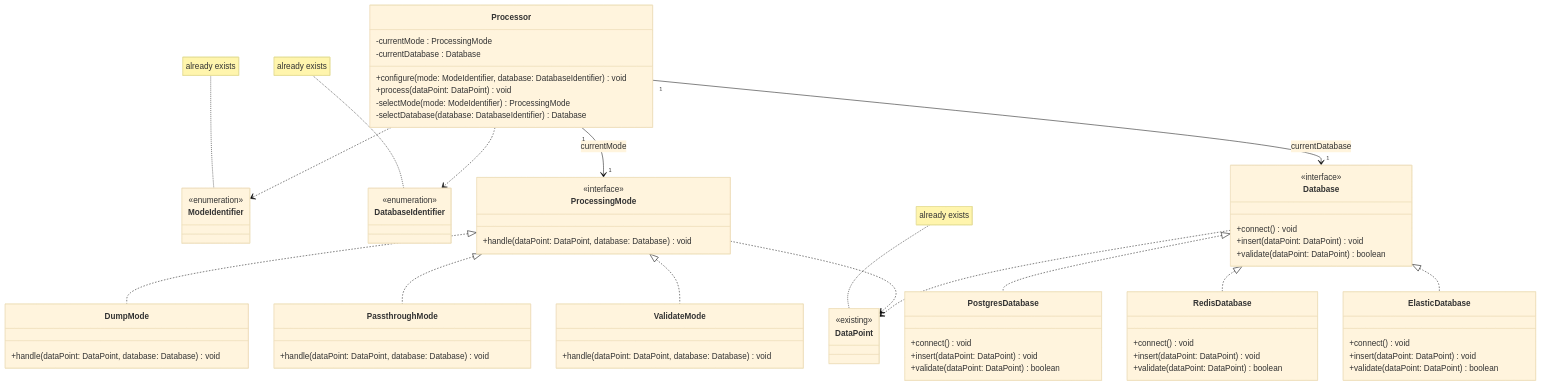
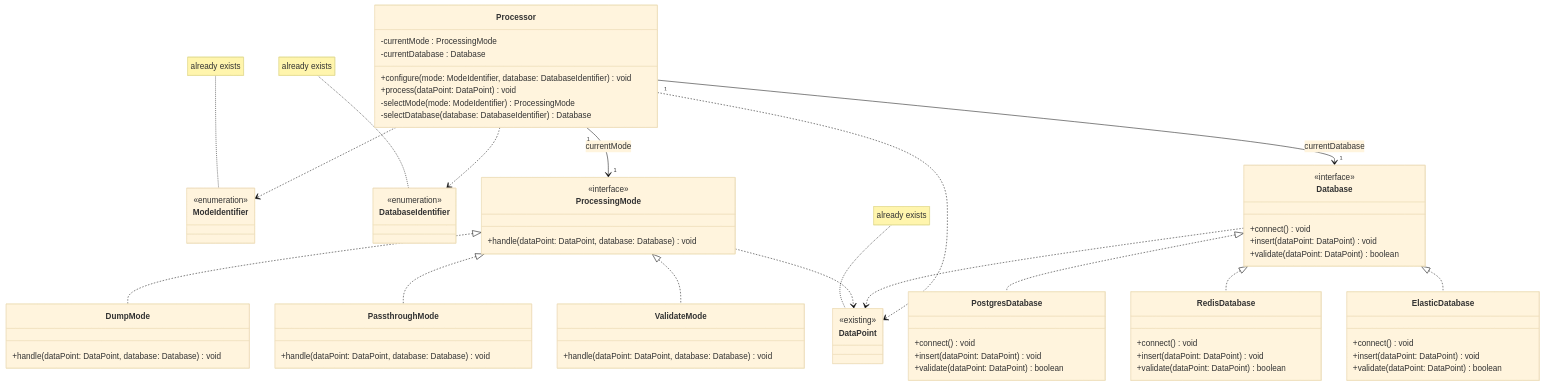
The diagram in data-processor-uml/diagram.mmd (UbaidRaza-jpg/virtual-internship-projects), drawn with Mermaid (base theme) before and after one commit. The commit also changed 2 other files, not shown here.

Commit message:
Update diagram: Add Processor dependency to DataPoint and optimize layout

```diff
--- a/data-processor-uml/diagram.mmd
+++ b/data-processor-uml/diagram.mmd
@@ -1,82 +1,83 @@
 classDiagram
     %% Existing classes
     class DataPoint {
         <<existing>>
     }
     class ModeIdentifier {
         <<enumeration>>
         <<existing>>
     }
     class DatabaseIdentifier {
         <<enumeration>>
         <<existing>>
     }
 
     class Processor {
         -currentMode : ProcessingMode
         -currentDatabase : Database
         +configure(mode: ModeIdentifier, database: DatabaseIdentifier) void
         +process(dataPoint: DataPoint) void
         -selectMode(mode: ModeIdentifier) ProcessingMode
         -selectDatabase(database: DatabaseIdentifier) Database
     }
 
     class ProcessingMode {
         <<interface>>
         +handle(dataPoint: DataPoint, database: Database) void
     }
 
     class Database {
         <<interface>>
         +connect() void
         +insert(dataPoint: DataPoint) void
         +validate(dataPoint: DataPoint) boolean
     }
 
     class DumpMode {
         +handle(dataPoint: DataPoint, database: Database) void
     }
     class PassthroughMode {
         +handle(dataPoint: DataPoint, database: Database) void
     }
     class ValidateMode {
         +handle(dataPoint: DataPoint, database: Database) void
     }
 
     class PostgresDatabase {
         +connect() void
         +insert(dataPoint: DataPoint) void
         +validate(dataPoint: DataPoint) boolean
     }
     class RedisDatabase {
         +connect() void
         +insert(dataPoint: DataPoint) void
         +validate(dataPoint: DataPoint) boolean
     }
     class ElasticDatabase {
         +connect() void
         +insert(dataPoint: DataPoint) void
         +validate(dataPoint: DataPoint) boolean
     }
 
     %% Relationships
     ProcessingMode <|.. DumpMode
     ProcessingMode <|.. PassthroughMode
     ProcessingMode <|.. ValidateMode
 
     Database <|.. PostgresDatabase
     Database <|.. RedisDatabase
     Database <|.. ElasticDatabase
 
     Processor "1" --> "1" ProcessingMode : currentMode
     Processor "1" --> "1" Database : currentDatabase
 
     Processor ..> ModeIdentifier
     Processor ..> DatabaseIdentifier
 
     ProcessingMode ..> DataPoint
     Database ..> DataPoint
+    Processor ..> DataPoint
 
     note for DataPoint "already exists"
     note for ModeIdentifier "already exists"
     note for DatabaseIdentifier "already exists"
```
